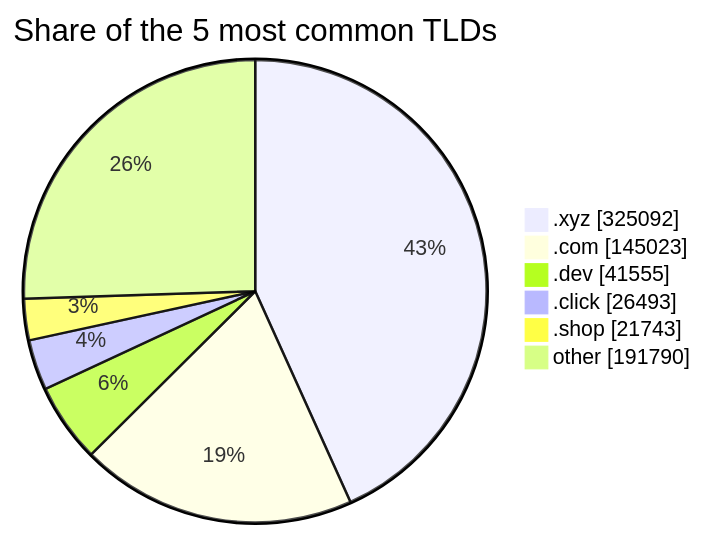
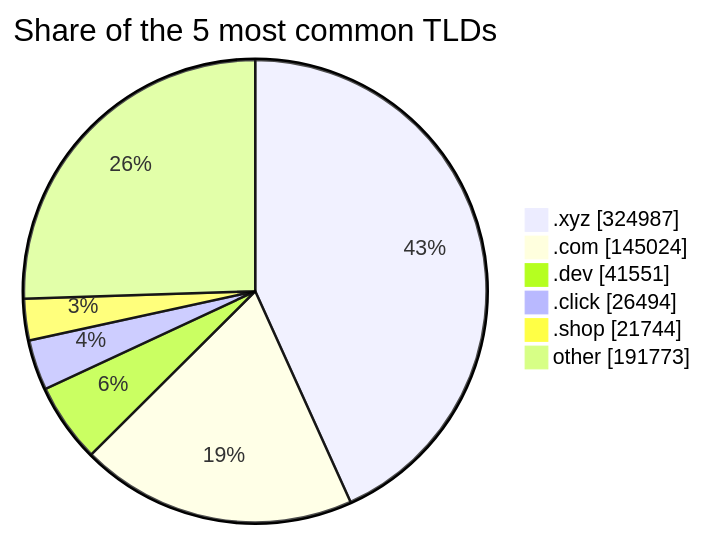
Before and after one commit to DNSBunker/CTI: the third of 3 diagrams in README.md, drawn with Mermaid. The commit also changed other lines of this file and 3 other files, not shown here.

````diff
--- a/README.md
+++ b/README.md
@@ -81,9 +81,9 @@
 ```mermaid
 pie showData title Share of the 5 most common TLDs
-    ".xyz" : 325092
-    ".com" : 145023
-    ".dev" : 41555
-    ".click" : 26493
-    ".shop" : 21743
-    "other" : 191790
+    ".xyz" : 324987
+    ".com" : 145024
+    ".dev" : 41551
+    ".click" : 26494
+    ".shop" : 21744
+    "other" : 191773
 ```
````
